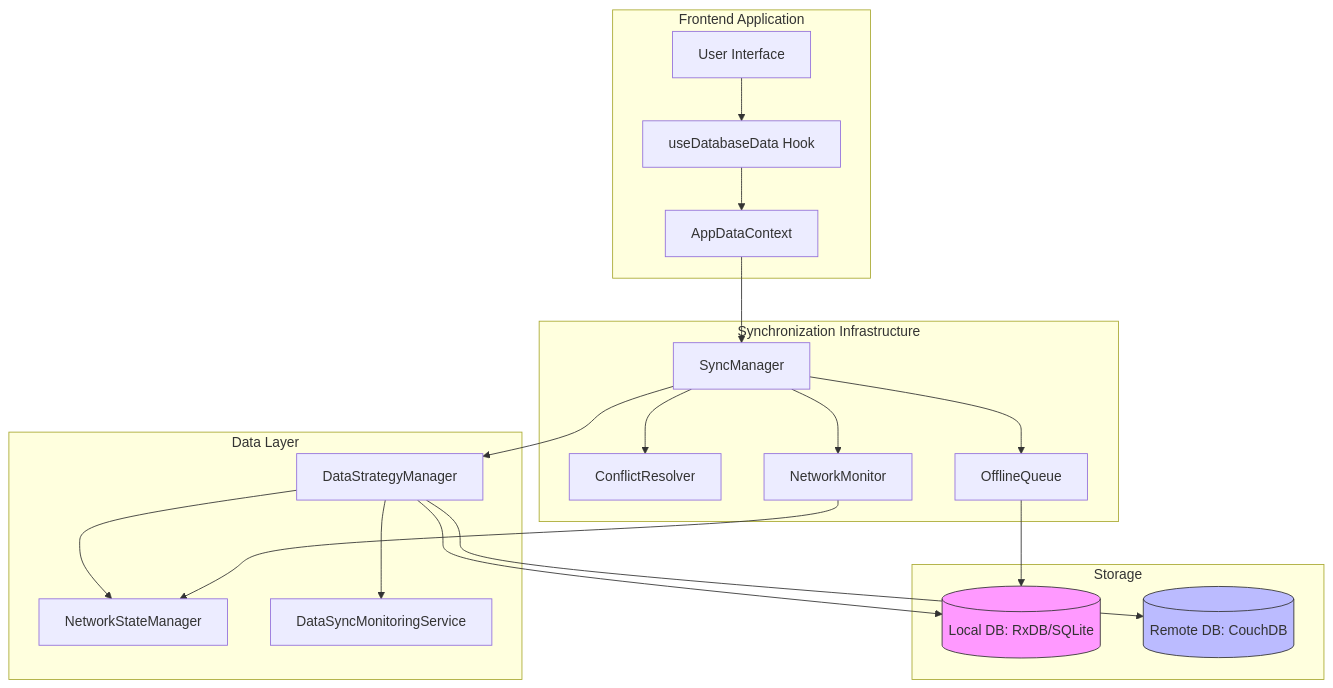
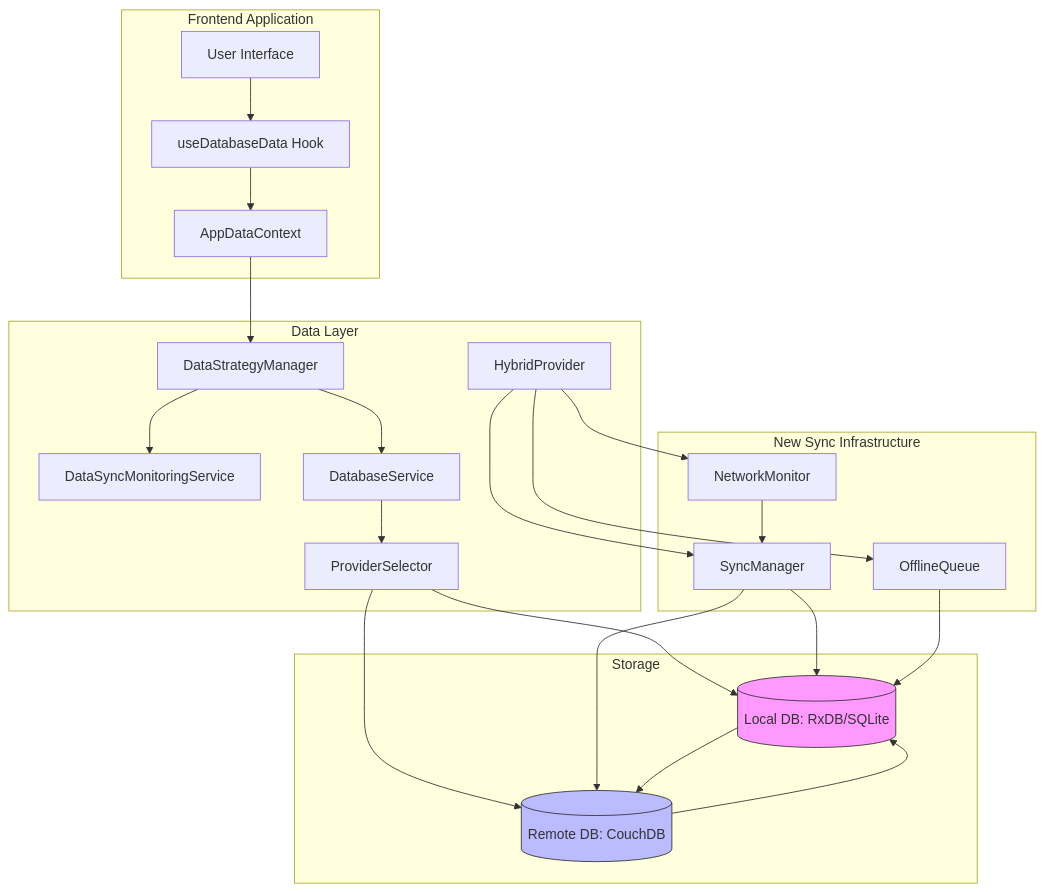
The first of 18 diagrams in .qoder/repowiki/en/content/Architecture Overview/Data Management Architecture/Data Synchronization Workflow/Data Synchronization Workflow.md (geniusdynamics/schoolpilot), drawn with Mermaid before and after one commit. The commit also changed other lines of this file and 19 other files, not shown here.

````diff
--- a/.qoder/repowiki/en/content/Architecture Overview/Data Management Architecture/Data Synchronization Workflow/Data Synchronization Workflow.md
+++ b/.qoder/repowiki/en/content/Architecture Overview/Data Management Architecture/Data Synchronization Workflow/Data Synchronization Workflow.md
@@ -45,38 +46,43 @@
 ```mermaid
 graph TB
 subgraph "Frontend Application"
 UI[User Interface]
 Hook[useDatabaseData Hook]
 Context[AppDataContext]
 end
-subgraph "Synchronization Infrastructure"
+subgraph "Data Layer"
+Strategy[DataStrategyManager]
+Sync[DataSyncMonitoringService]
+Database[DatabaseService]
+ProviderSelector[ProviderSelector]
+HybridProvider[HybridProvider]
+end
+subgraph "New Sync Infrastructure"
 SyncManager[SyncManager]
-ConflictResolver[ConflictResolver]
 NetworkMonitor[NetworkMonitor]
 OfflineQueue[OfflineQueue]
-end
-subgraph "Data Layer"
-DataStrategyManager[DataStrategyManager]
-NetworkStateManager[NetworkStateManager]
-DataSyncMonitoringService[DataSyncMonitoringService]
 end
 subgraph "Storage"
 Local[(Local DB: RxDB/SQLite)]
 Remote[(Remote DB: CouchDB)]
 end
 UI --> Hook
 Hook --> Context
-Context --> SyncManager
-SyncManager --> ConflictResolver
-SyncManager --> NetworkMonitor
-SyncManager --> OfflineQueue
-SyncManager --> DataStrategyManager
-DataStrategyManager --> NetworkStateManager
-DataStrategyManager --> DataSyncMonitoringService
-DataStrategyManager --> Local
-DataStrategyManager --> Remote
-NetworkMonitor --> NetworkStateManager
+Context --> Strategy
+Strategy --> Database
+Database --> ProviderSelector
+ProviderSelector --> Local
+ProviderSelector --> Remote
+Strategy --> Sync
+HybridProvider --> SyncManager
+HybridProvider --> NetworkMonitor
+HybridProvider --> OfflineQueue
+SyncManager --> Local
+SyncManager --> Remote
+NetworkMonitor --> SyncManager
 OfflineQueue --> Local
+Local --> Remote
+Remote --> Local
 style Local fill:#f9f,stroke:#333
 style Remote fill:#bbf,stroke:#333
 ```
````
